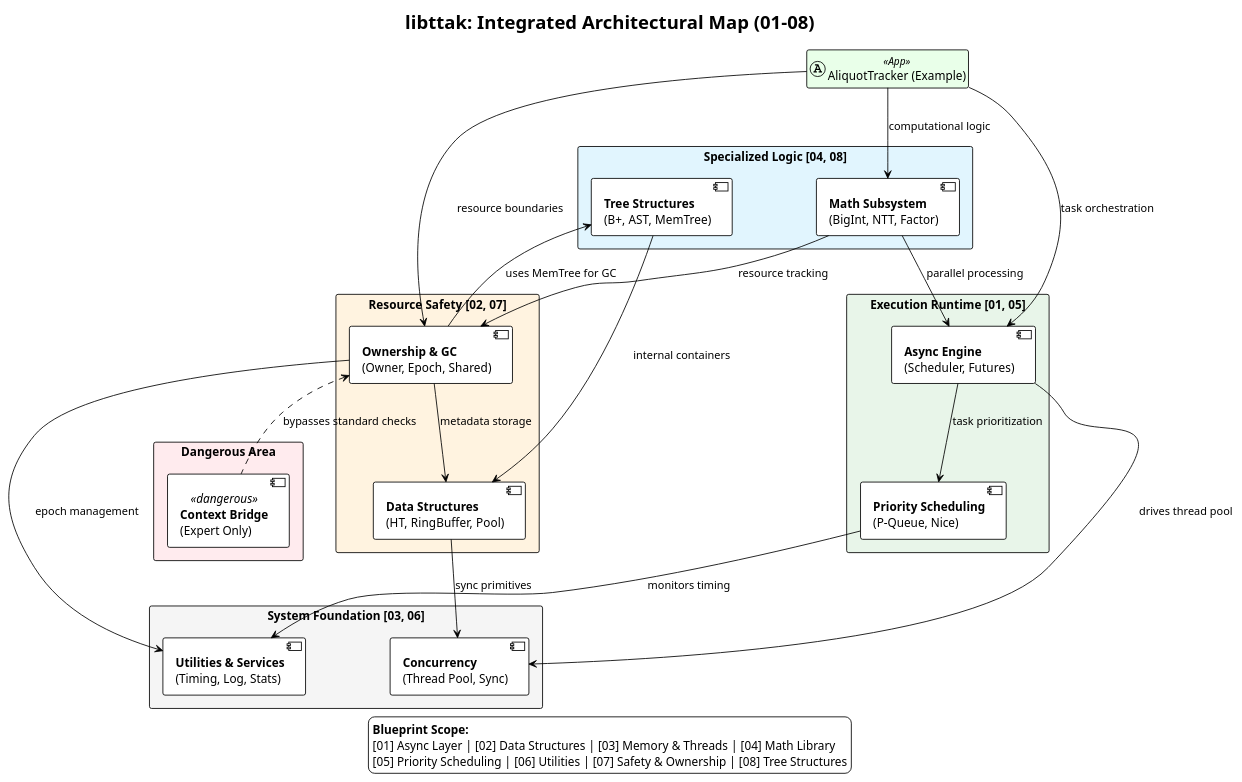
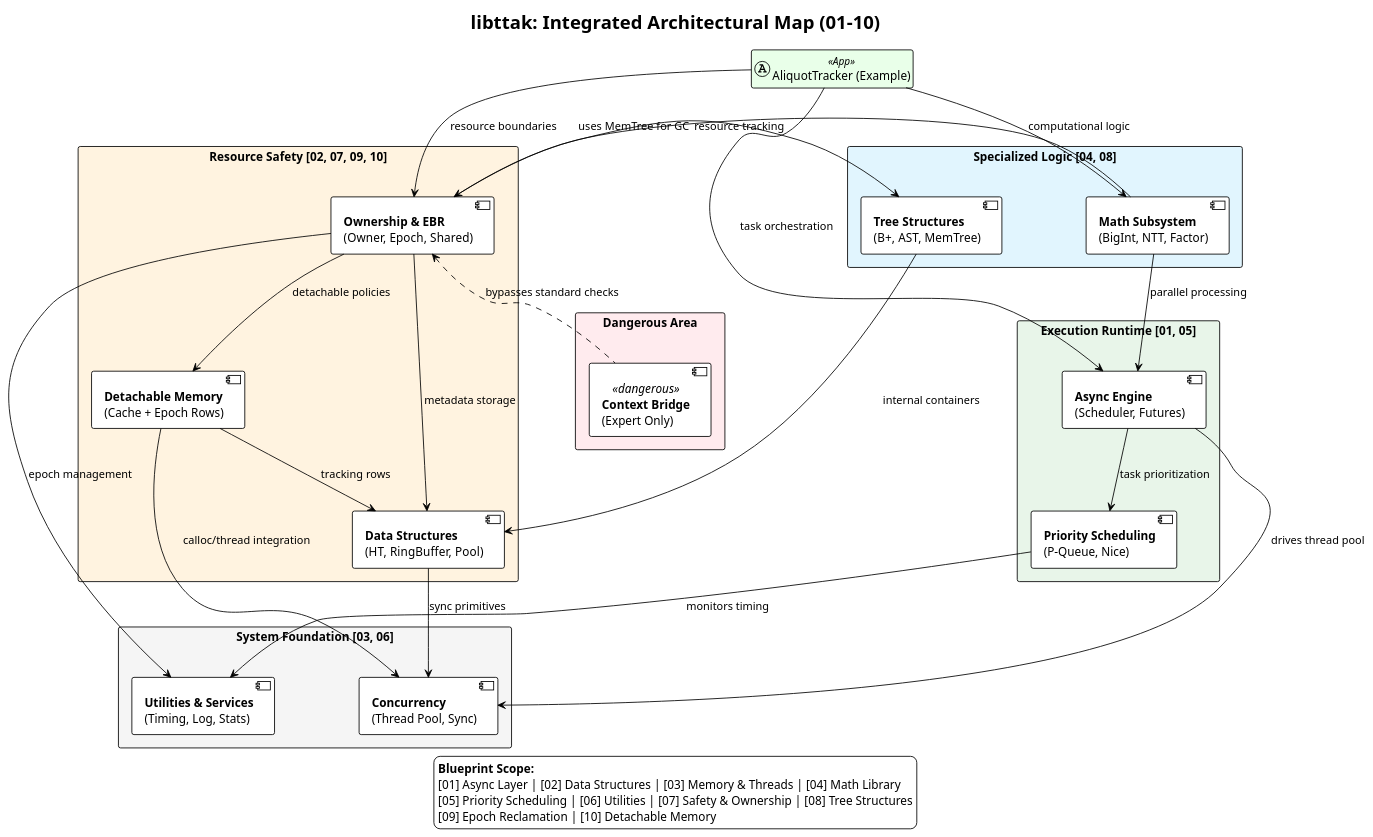
Before and after one commit to Religiya-Serdtsa/libttak: the diagram in blueprints/all.puml, drawn with PlantUML. The commit also changed 13 other files, not shown here.

Commit message:
add detachable memory

```diff
--- a/blueprints/all.puml
+++ b/blueprints/all.puml
@@ -1,106 +1,114 @@
 @startuml
-' libttak - Integrated System Map (Blueprints 01-08)
+' libttak - Integrated System Map (Blueprints 01-10)
 !theme plain
 hide empty members
 skinparam packageStyle rectangle
 skinparam shadowing false
 skinparam nodesep 100
 skinparam ranksep 70
 skinparam componentStyle uml2
 
-title libttak: Integrated Architectural Map (01-08)
+title libttak: Integrated Architectural Map (01-10)
 
 ' --- APPLICATION LAYER ---
 ' Defined as a class with a stereotype for visual distinction
 class "AliquotTracker (Example)" as App << (A,#E9FFE9) App >> #E9FFE9
 
 ' --- LOGIC LAYER (04, 08) ---
 package "Specialized Logic [04, 08]" #E1F5FE {
     component Math [
         <b>Math Subsystem</b>
         (BigInt, NTT, Factor)
     ]
     component Trees [
         <b>Tree Structures</b>
         (B+, AST, MemTree)
     ]
 }
 
 ' --- EXECUTION LAYER (01, 05) ---
 package "Execution Runtime [01, 05]" #E8F5E9 {
     component Async [
         <b>Async Engine</b>
         (Scheduler, Futures)
     ]
     component Sched [
         <b>Priority Scheduling</b>
         (P-Queue, Nice)
     ]
 }
 
-' --- RESOURCE LAYER (02, 07) ---
-package "Resource Safety [02, 07]" #FFF3E0 {
+' --- RESOURCE LAYER (02, 07, 09) ---
+package "Resource Safety [02, 07, 09, 10]" #FFF3E0 {
     component Safety [
-        <b>Ownership & GC</b>
+        <b>Ownership & EBR</b>
         (Owner, Epoch, Shared)
     ]
     component DS [
         <b>Data Structures</b>
         (HT, RingBuffer, Pool)
+    ]
+    component Detach [
+        <b>Detachable Memory</b>
+        (Cache + Epoch Rows)
     ]
 }
 
 ' --- FOUNDATION LAYER (03, 06) ---
 package "System Foundation [03, 06]" #F5F5F5 {
     component Foundation [
         <b>Concurrency</b>
         (Thread Pool, Sync)
     ]
     component Utils [
         <b>Utilities & Services</b>
         (Timing, Log, Stats)
     ]
 }
 
 ' --- DANGEROUS AREA ---
 package "Dangerous Area" #FFEBEE {
     ' Uses the <<dangerous>> stereotype as requested
     component Bridge <<dangerous>> [
         <b>Context Bridge</b>
         (Expert Only)
     ]
 }
 
 ' --- INTEGRATION FLOWS ---
 
 ' Application Entry Points
 App -down-> Math : "computational logic"
 App -down-> Async : "task orchestration"
 App -down-> Safety : "resource boundaries"
 
 ' Logic Dependencies
 Math -down-> Async : "parallel processing"
 Math -down-> Safety : "resource tracking"
 Trees -down-> DS : "internal containers"
 Safety -down-> Trees : "uses MemTree for GC"
 
 ' Execution Dependencies
 Async -down-> Sched : "task prioritization"
 Async -down-> Foundation : "drives thread pool"
 Sched -down-> Utils : "monitors timing"
 
 ' Resource & Foundation Dependencies
 Safety -down-> Utils : "epoch management"
 Safety -down-> DS : "metadata storage"
+Safety -down-> Detach : "detachable policies"
+Detach -down-> DS : "tracking rows"
+Detach -down-> Foundation : "calloc/thread integration"
 DS -down-> Foundation : "sync primitives"
 
 ' Dangerous Bypass
 Bridge .up.> Safety : "bypasses standard checks"
 
 legend bottom
   **Blueprint Scope:**
   [01] Async Layer | [02] Data Structures | [03] Memory & Threads | [04] Math Library
   [05] Priority Scheduling | [06] Utilities | [07] Safety & Ownership | [08] Tree Structures
+  [09] Epoch Reclamation | [10] Detachable Memory
 endlegend
 
 @enduml
```
